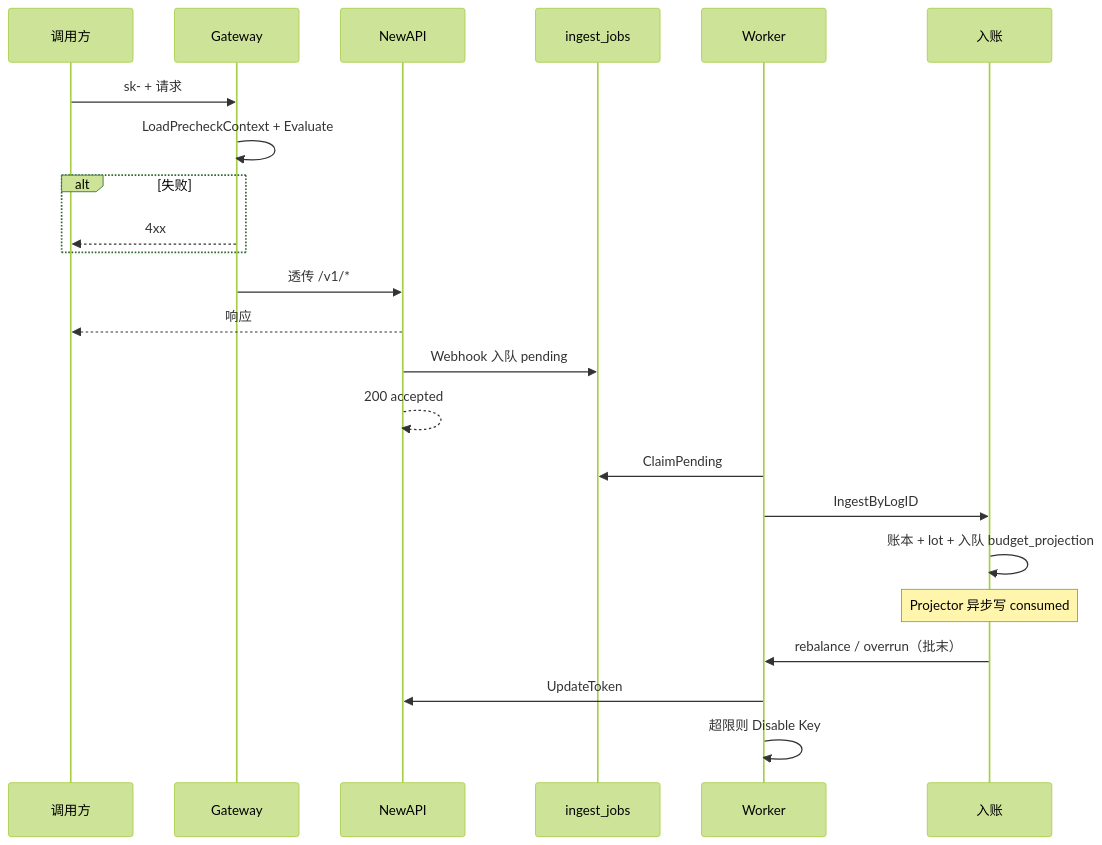
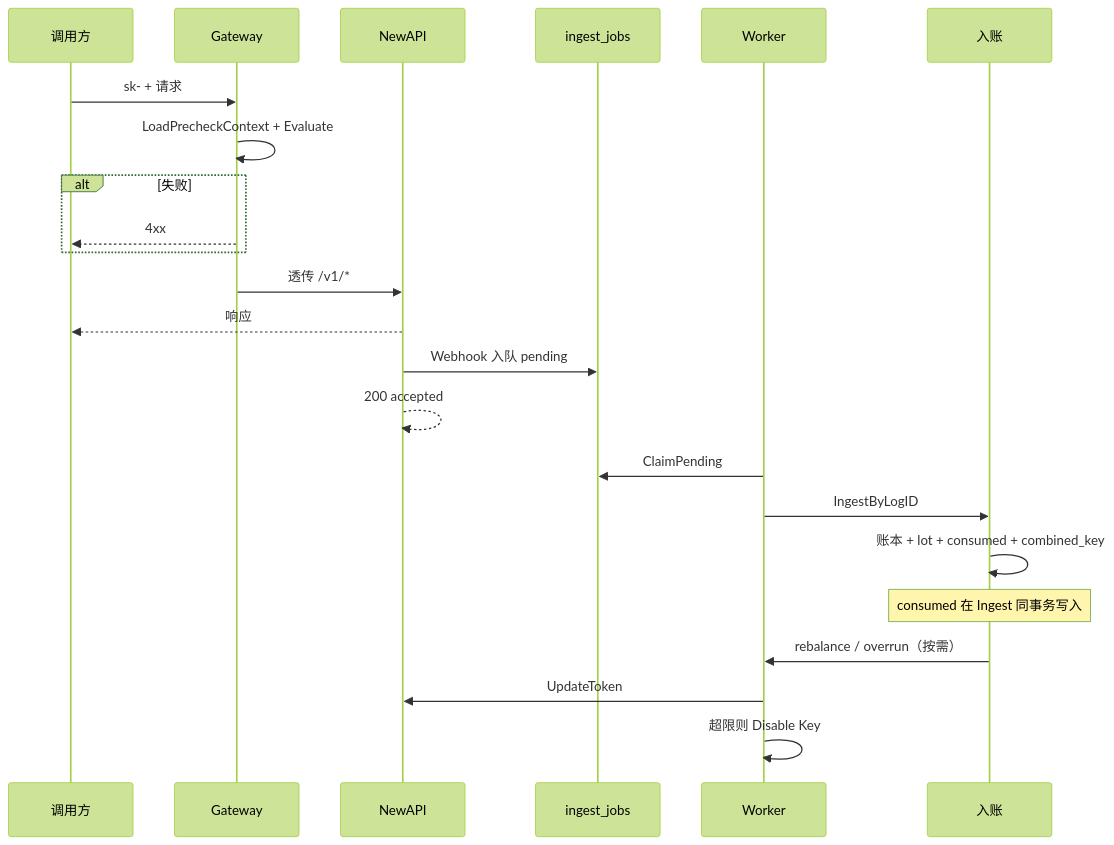
One commit to quyip8818/mytokenjoy changed the fifth of 10 diagrams in docs/Backend-预算.md. Above: the diagram before and after it, drawn with Mermaid (forest theme). The commit also changed other lines of this file and 17 other files, not shown here.

````diff
--- a/docs/Backend-预算.md
+++ b/docs/Backend-预算.md
@@ -216,26 +216,26 @@
 ```mermaid
 sequenceDiagram
   participant C as 调用方
   participant GW as Gateway
   participant NA as NewAPI
   participant Q as ingest_jobs
   participant W as Worker
   participant ING as 入账
 
   C->>GW: sk- + 请求
   GW->>GW: LoadPrecheckContext + Evaluate
   alt 失败
     GW-->>C: 4xx
   end
   GW->>NA: 透传 /v1/*
   NA-->>C: 响应
   NA->>Q: Webhook 入队 pending
   NA-->>NA: 200 accepted
   W->>Q: ClaimPending
   W->>ING: IngestByLogID
-  ING->>ING: 账本 + lot + 入队 budget_projection
-  Note over ING: Projector 异步写 consumed
-  ING->>W: rebalance / overrun（批末）
+  ING->>ING: 账本 + lot + consumed + combined_key
+  Note over ING: consumed 在 Ingest 同事务写入
+  ING->>W: rebalance / overrun（按需）
   W->>NA: UpdateToken
   W->>W: 超限则 Disable Key
 ```
````
